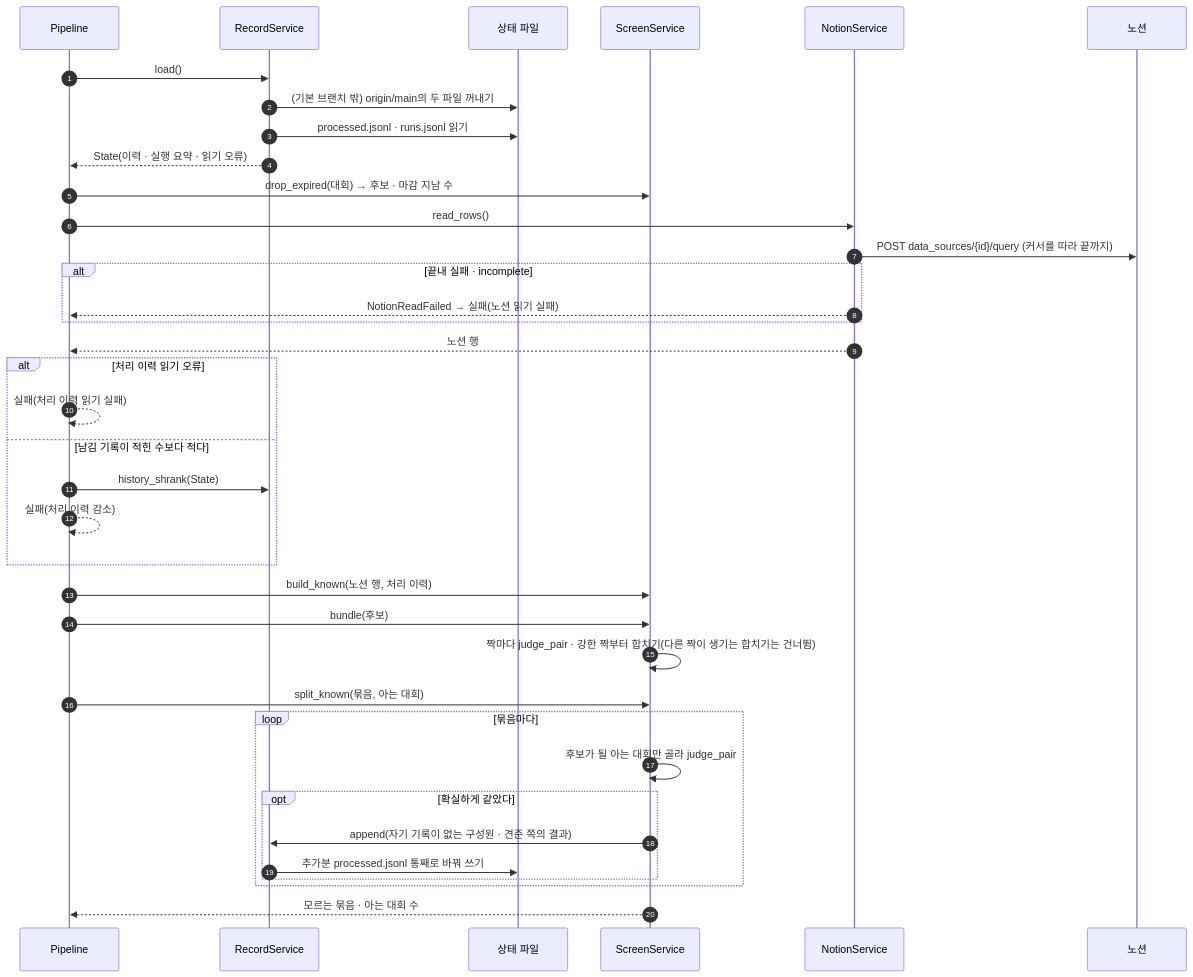
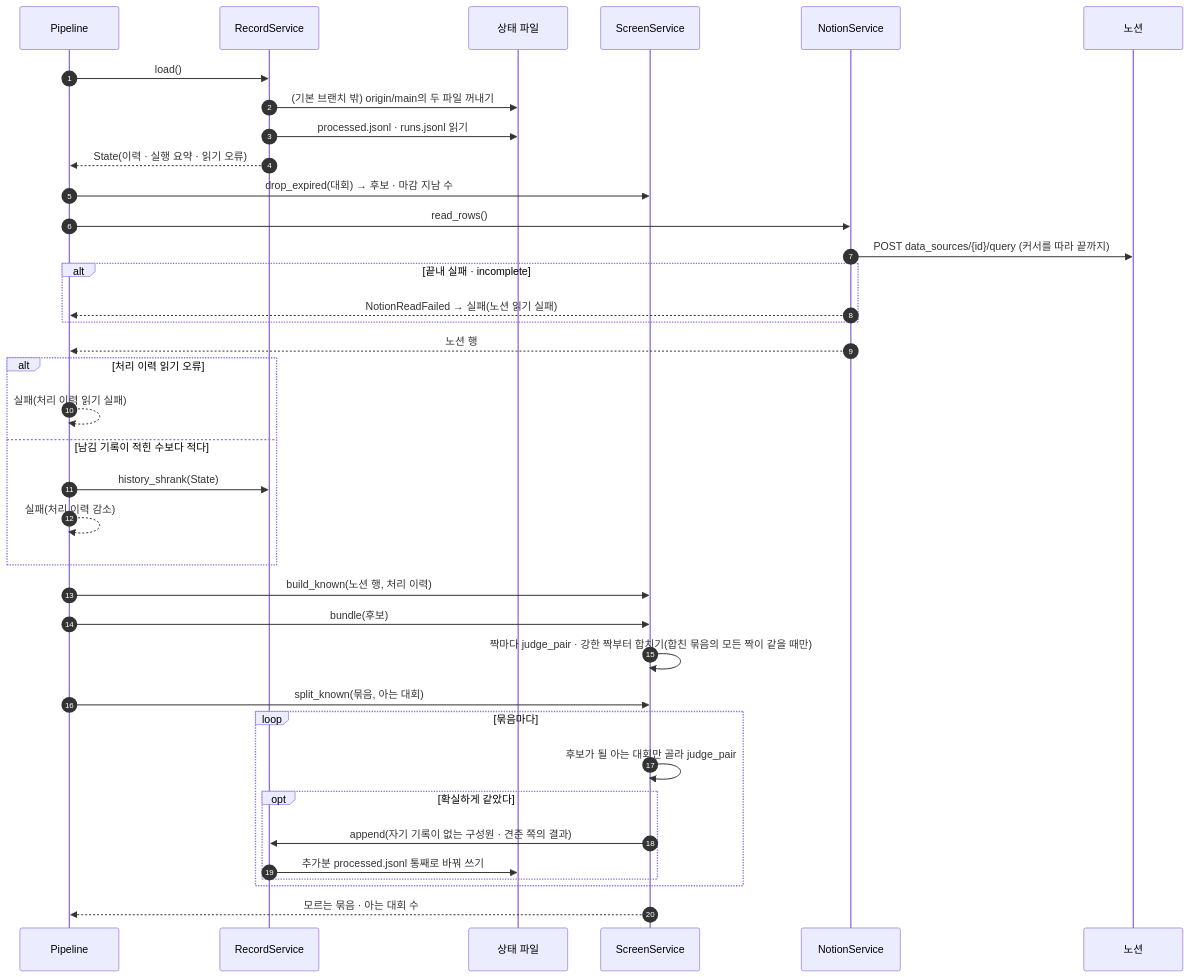
Before and after one commit to HoyoungParkme/competition-crawler: the third of 10 diagrams in docs/specs/09-SEQ/CCR-SEQ-001.md, drawn with Mermaid. The commit also changed other lines of this file, not shown here.

````diff
--- a/docs/specs/09-SEQ/CCR-SEQ-001.md
+++ b/docs/specs/09-SEQ/CCR-SEQ-001.md
@@ -131,39 +132,39 @@
 ```mermaid
 sequenceDiagram
     autonumber
     participant P as Pipeline
     participant RS as RecordService
     participant FS as 상태 파일
     participant SS as ScreenService
     participant NS as NotionService
     participant N as 노션
     P->>RS: load()
     RS->>FS: (기본 브랜치 밖) origin/main의 두 파일 꺼내기
     RS->>FS: processed.jsonl · runs.jsonl 읽기
     RS-->>P: State(이력 · 실행 요약 · 읽기 오류)
     P->>SS: drop_expired(대회) → 후보 · 마감 지남 수
     P->>NS: read_rows()
     NS->>N: POST data_sources/{id}/query (커서를 따라 끝까지)
     alt 끝내 실패 · incomplete
         NS-->>P: NotionReadFailed → 실패(노션 읽기 실패)
     end
     NS-->>P: 노션 행
     alt 처리 이력 읽기 오류
         P-->>P: 실패(처리 이력 읽기 실패)
     else 남김 기록이 적힌 수보다 적다
         P->>RS: history_shrank(State)
         P-->>P: 실패(처리 이력 감소)
     end
     P->>SS: build_known(노션 행, 처리 이력)
     P->>SS: bundle(후보)
-    SS->>SS: 짝마다 judge_pair · 강한 짝부터 합치기(다른 짝이 생기는 합치기는 건너뜀)
+    SS->>SS: 짝마다 judge_pair · 강한 짝부터 합치기(합친 묶음의 모든 짝이 같을 때만)
     P->>SS: split_known(묶음, 아는 대회)
     loop 묶음마다
         SS->>SS: 후보가 될 아는 대회만 골라 judge_pair
         opt 확실하게 같았다
             SS->>RS: append(자기 기록이 없는 구성원 · 견준 쪽의 결과)
             RS->>FS: 추가분 processed.jsonl 통째로 바꿔 쓰기
         end
     end
     SS-->>P: 모르는 묶음 · 아는 대회 수
 ```
````
